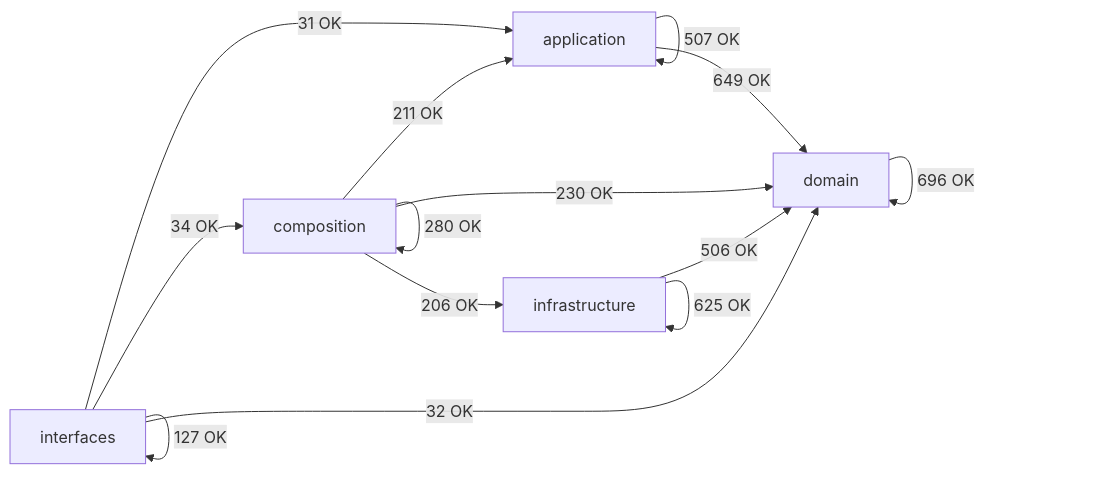
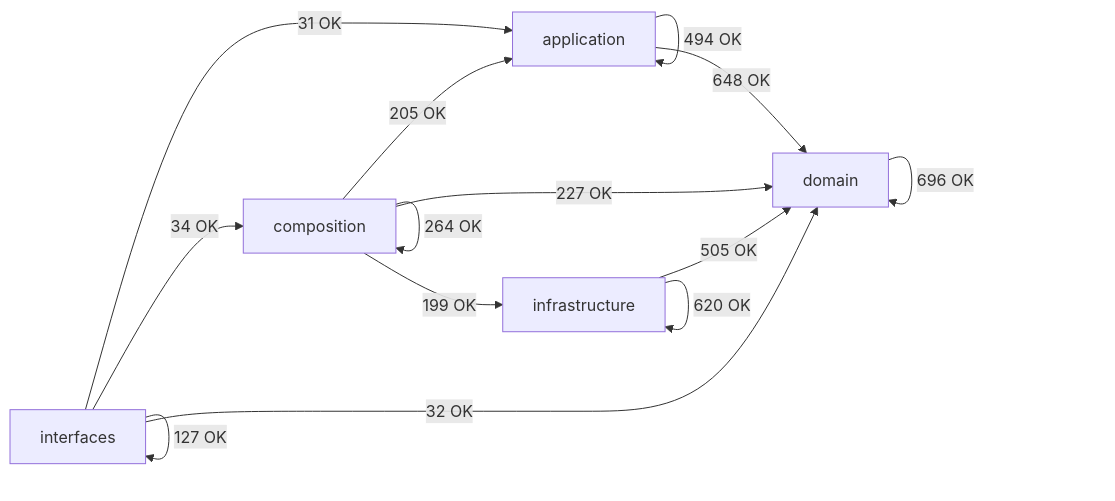
Before and after one commit to SatoryKono/BioactivityDataAcquisition: the diagram in docs/02-architecture/generated/module-dependency-map.md, drawn with Mermaid. The commit also changed other lines of this file and 46 other files, not shown here.

First line of the commit message:
Remove legacy compat shims; add dq & source schemas

````diff
--- a/docs/02-architecture/generated/module-dependency-map.md
+++ b/docs/02-architecture/generated/module-dependency-map.md
@@ -16,21 +16,21 @@
 ```mermaid
 flowchart LR
     domain[domain]
     application[application]
     infrastructure[infrastructure]
     composition[composition]
     interfaces[interfaces]
-    application -->|507 OK| application
-    application -->|649 OK| domain
-    composition -->|211 OK| application
-    composition -->|280 OK| composition
-    composition -->|230 OK| domain
-    composition -->|206 OK| infrastructure
+    application -->|494 OK| application
+    application -->|648 OK| domain
+    composition -->|205 OK| application
+    composition -->|264 OK| composition
+    composition -->|227 OK| domain
+    composition -->|199 OK| infrastructure
     domain -->|696 OK| domain
-    infrastructure -->|506 OK| domain
-    infrastructure -->|625 OK| infrastructure
+    infrastructure -->|505 OK| domain
+    infrastructure -->|620 OK| infrastructure
     interfaces -->|31 OK| application
     interfaces -->|34 OK| composition
     interfaces -->|32 OK| domain
     interfaces -->|127 OK| interfaces
 ```
````
